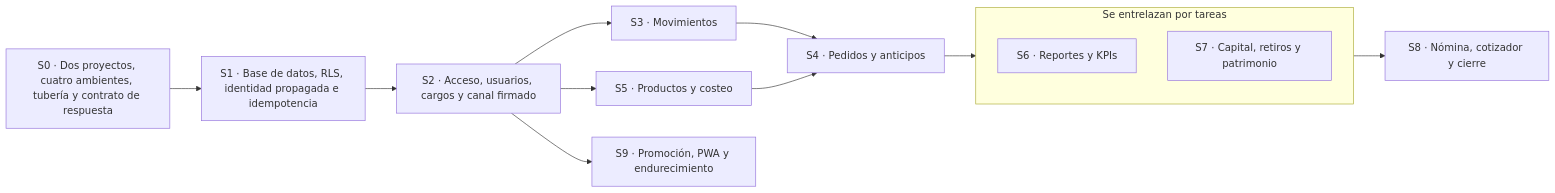
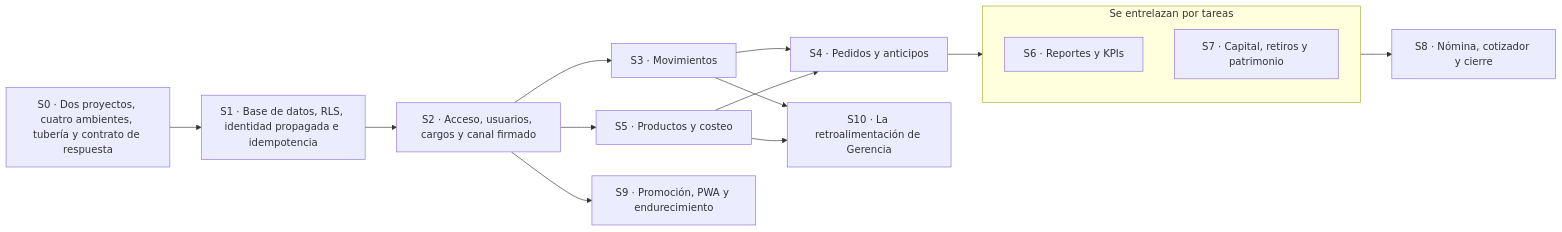
One commit to Juanchope039/Finanzas-PRISMA changed the second of 2 diagrams in docs/08-plan-de-desarrollo.md. Above: the diagram before and after it, drawn with Mermaid. The commit also changed other lines of this file and 34 other files, not shown here.

````diff
--- a/docs/08-plan-de-desarrollo.md
+++ b/docs/08-plan-de-desarrollo.md
@@ -992,24 +1027,27 @@
 ```mermaid
 graph LR
   S0["S0 · Dos proyectos, cuatro ambientes, tubería y contrato de respuesta"]
   S1["S1 · Base de datos, RLS, identidad propagada e idempotencia"]
   S2["S2 · Acceso, usuarios, cargos y canal firmado"]
   S3["S3 · Movimientos"]
   S4["S4 · Pedidos y anticipos"]
   S5["S5 · Productos y costeo"]
   subgraph G67["Se entrelazan por tareas"]
     S6["S6 · Reportes y KPIs"]
     S7["S7 · Capital, retiros y patrimonio"]
   end
   S8["S8 · Nómina, cotizador y cierre"]
   S9["S9 · Promoción, PWA y endurecimiento"]
+  S10["S10 · La retroalimentación de Gerencia"]
   S0 --> S1
   S1 --> S2
   S2 --> S3
   S2 --> S5
   S2 --> S9
   S3 --> S4
+  S3 --> S10
   S4 --> G67
   S5 --> S4
+  S5 --> S10
   G67 --> S8
 ```
````
